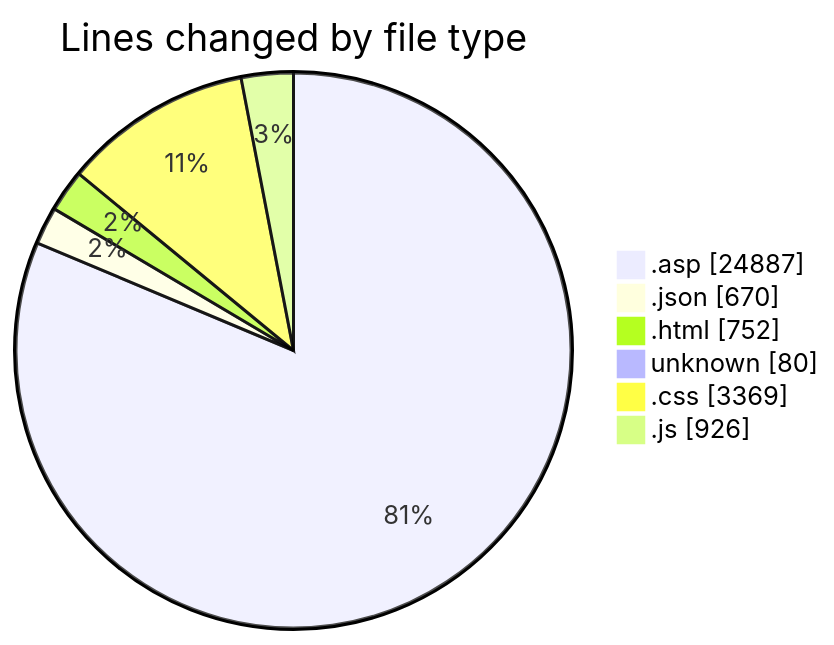
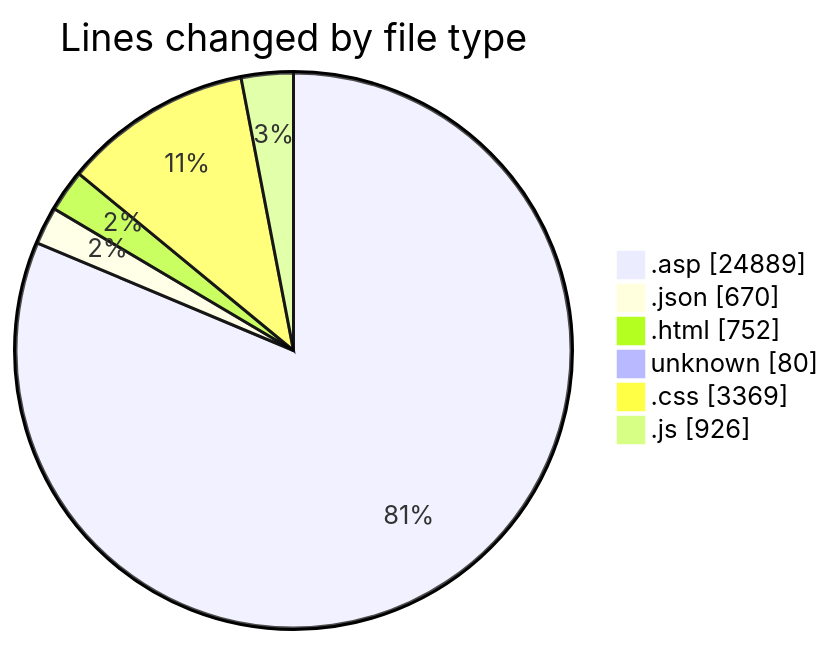
One commit to julien-gomy/code-tracking changed the first of 2 diagrams in 2025-11-01/cdp_aleoudev_fr__workspace_/README.md. Above: the diagram before and after it, drawn with Mermaid. The commit also changed other lines of this file and 1 other file, not shown here.

````diff
--- a/2025-11-01/cdp_aleoudev_fr__workspace_/README.md
+++ b/2025-11-01/cdp_aleoudev_fr__workspace_/README.md
@@ -39,10 +39,10 @@
 ```mermaid
 pie showData
 title Lines changed by file type
-".asp" : 24887
+".asp" : 24889
 ".json" : 670
 ".html" : 752
 "unknown" : 80
 ".css" : 3369
 ".js" : 926
 ```
````
